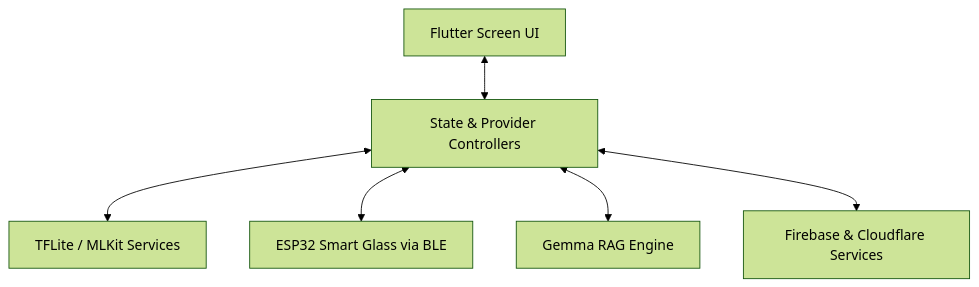
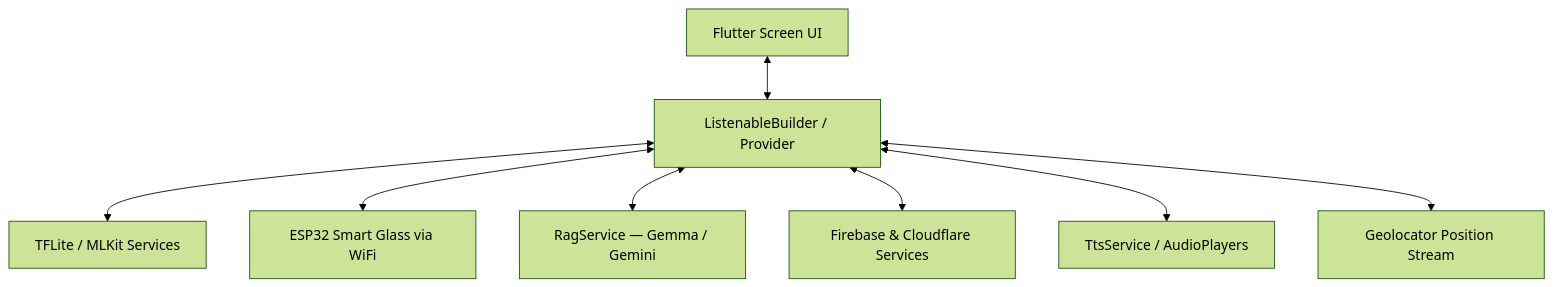
One commit to Thes-IS-IT/Easylens changed the diagram in README.md. Above: the diagram before and after it, drawn with Mermaid (forest theme). The commit also changed other lines of this file and 32 other files, not shown here.

First line of the commit message:
feat: Filipino language, Gemini AI, bark sound, proximity navigation TTS, docs

````diff
--- a/README.md
+++ b/README.md
@@ -31,8 +65,10 @@
 ```mermaid
 graph TD
-    UI[Flutter Screen UI] <--> Providers[State & Provider Controllers]
+    UI[Flutter Screen UI] <--> Providers[ListenableBuilder / Provider]
     Providers <--> Vision[TFLite / MLKit Services]
-    Providers <--> Hardware[ESP32 Smart Glass via BLE]
-    Providers <--> RAG[Gemma RAG Engine]
+    Providers <--> Hardware[ESP32 Smart Glass via WiFi]
+    Providers <--> RAG[RagService — Gemma / Gemini]
     Providers <--> Cloud[Firebase & Cloudflare Services]
+    Providers <--> Audio[TtsService / AudioPlayers]
+    Providers <--> GPS[Geolocator Position Stream]
 ```
````
